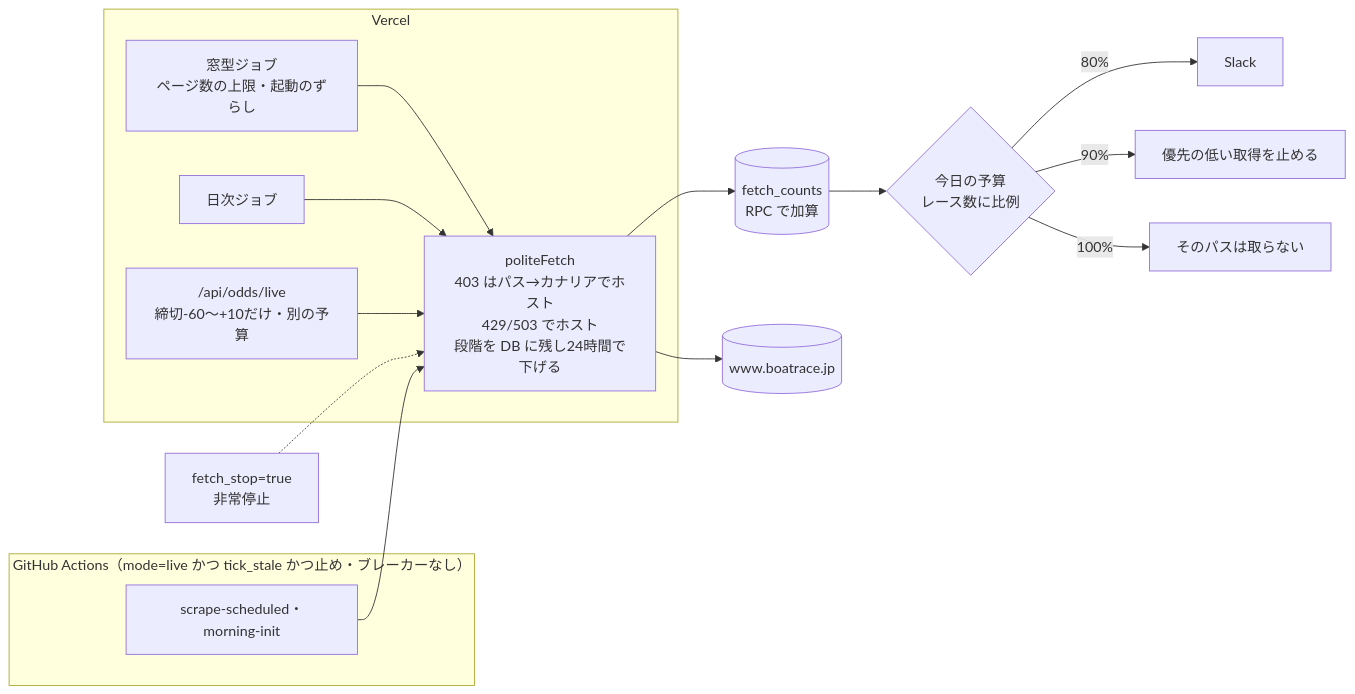
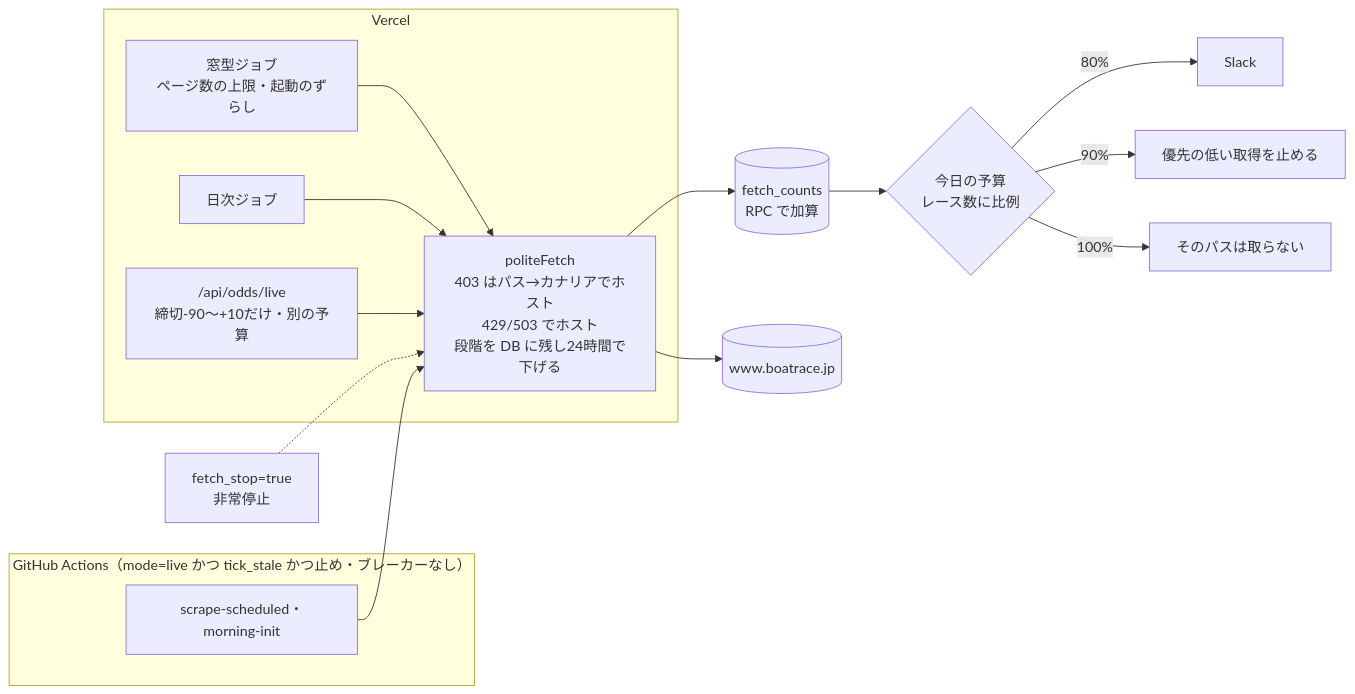
The third of 3 diagrams in docs/design/scraping-load-budget/spec.md (rhapsody0919/boatrace-ai-predictor), drawn with Mermaid before and after one commit. The commit also changed other lines of this file, not shown here.

````diff
--- a/docs/design/scraping-load-budget/spec.md
+++ b/docs/design/scraping-load-budget/spec.md
@@ -358,18 +358,18 @@
 ```mermaid
 flowchart LR
   subgraph Vercel["Vercel"]
     W[窓型ジョブ<br/>ページ数の上限・起動のずらし] --> PF
     D[日次ジョブ] --> PF
-    L["/api/odds/live<br/>締切-60〜+10だけ・別の予算"] --> PF
+    L["/api/odds/live<br/>締切-90〜+10だけ・別の予算"] --> PF
   end
   subgraph GHA["GitHub Actions（mode=live かつ tick_stale かつ止め・ブレーカーなし）"]
     S[scrape-scheduled・morning-init] --> PF
   end
   PF[politeFetch<br/>403 はパス→カナリアでホスト<br/>429/503 でホスト<br/>段階を DB に残し24時間で下げる] --> C[(fetch_counts<br/>RPC で加算)]
   C --> G{今日の予算<br/>レース数に比例}
   G -->|80%| N[Slack]
   G -->|90%| P[優先の低い取得を止める]
   G -->|100%| Stop[そのパスは取らない]
   PF --> B[(www.boatrace.jp)]
   K[fetch_stop=true<br/>非常停止] -.-> PF
 ```
````
